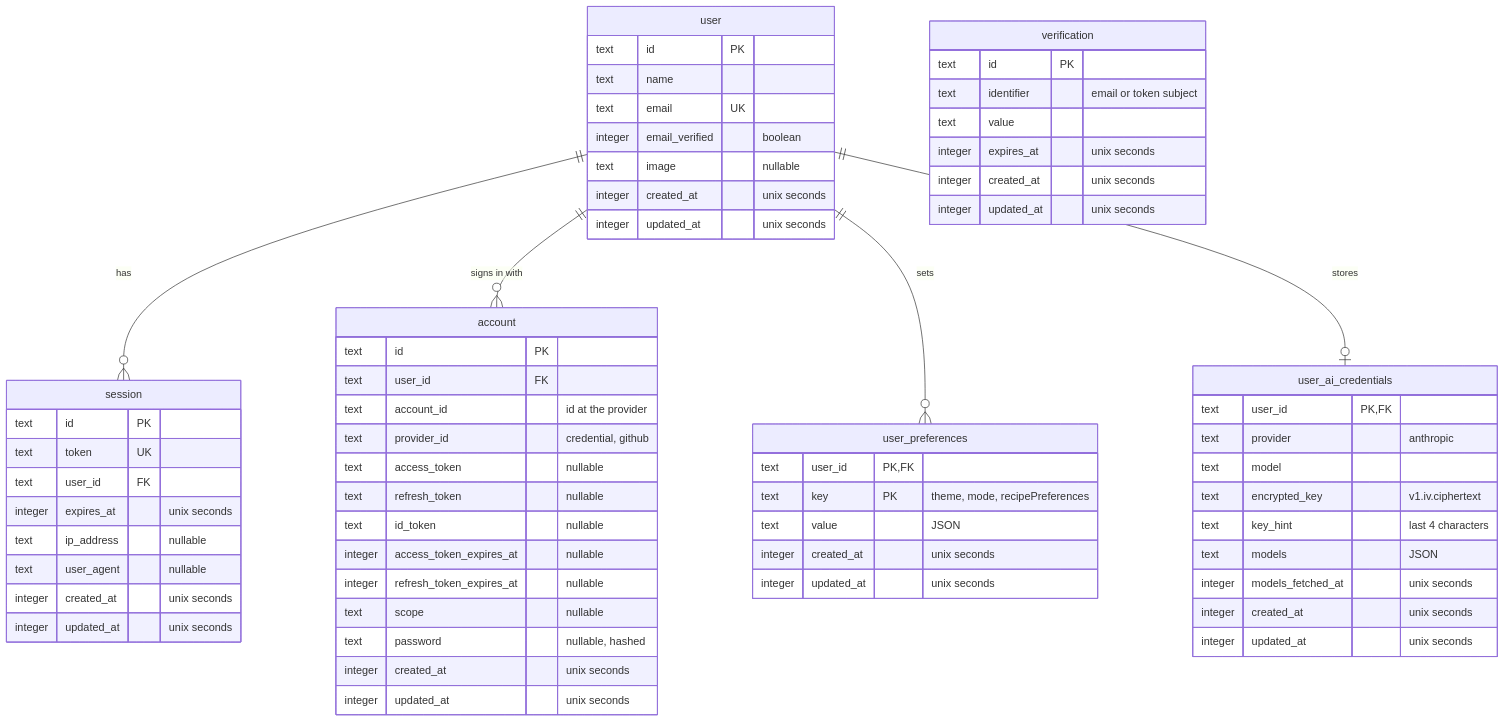
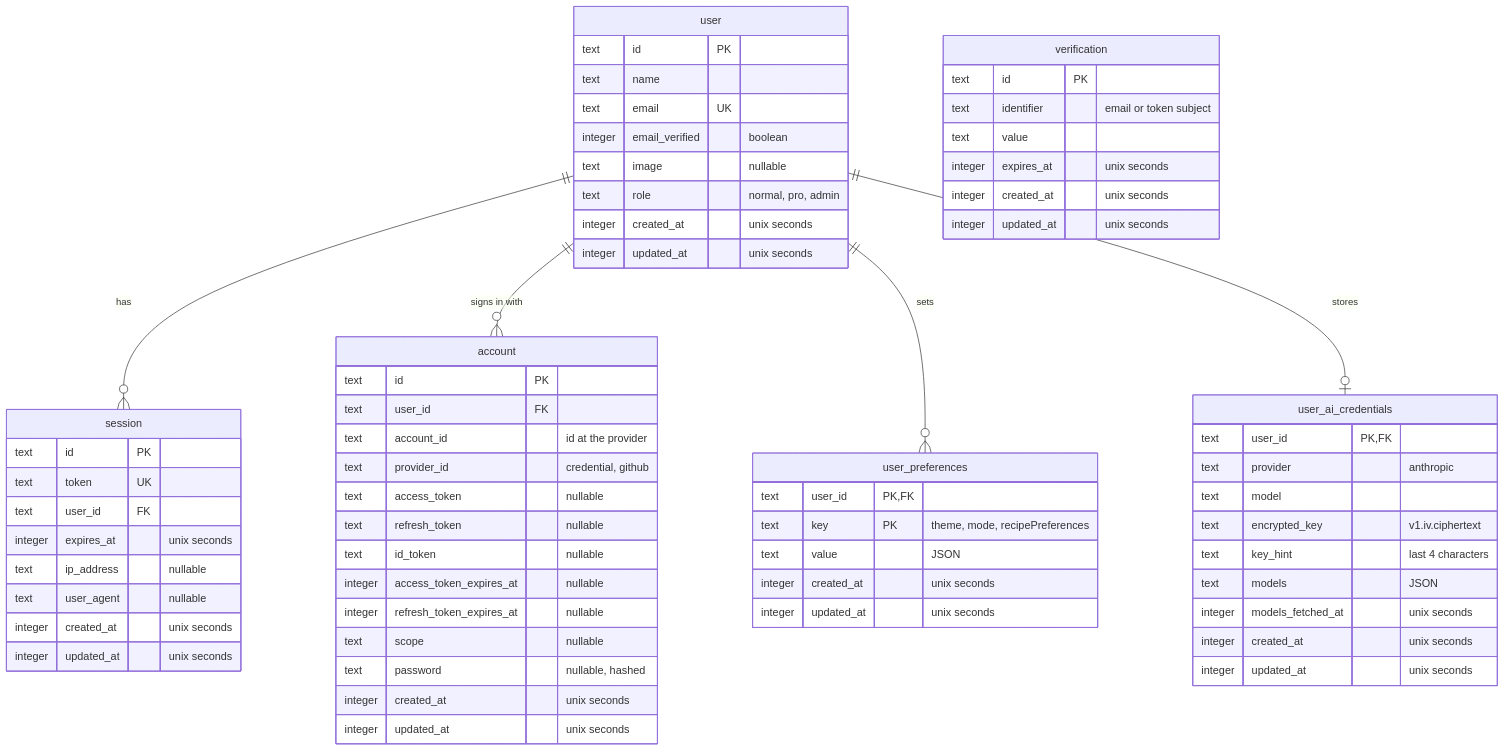
One commit to laczbali/autobourdain changed the diagram in apps/api/src/db/schema.md. Above: the diagram before and after it, drawn with Mermaid. The commit also changed other lines of this file and 24 other files, not shown here.

````diff
--- a/apps/api/src/db/schema.md
+++ b/apps/api/src/db/schema.md
@@ -15,73 +15,74 @@
 ```mermaid
 erDiagram
     user ||--o{ session : "has"
     user ||--o{ account : "signs in with"
     user ||--o{ user_preferences : "sets"
     user ||--o| user_ai_credentials : "stores"
 
     user {
         text id PK
         text name
         text email UK
         integer email_verified "boolean"
         text image "nullable"
+        text role "normal, pro, admin"
         integer created_at "unix seconds"
         integer updated_at "unix seconds"
     }
 
     session {
         text id PK
         text token UK
         text user_id FK
         integer expires_at "unix seconds"
         text ip_address "nullable"
         text user_agent "nullable"
         integer created_at "unix seconds"
         integer updated_at "unix seconds"
     }
 
     account {
         text id PK
         text user_id FK
         text account_id "id at the provider"
         text provider_id "credential, github"
         text access_token "nullable"
         text refresh_token "nullable"
         text id_token "nullable"
         integer access_token_expires_at "nullable"
         integer refresh_token_expires_at "nullable"
         text scope "nullable"
         text password "nullable, hashed"
         integer created_at "unix seconds"
         integer updated_at "unix seconds"
     }
 
     verification {
         text id PK
         text identifier "email or token subject"
         text value
         integer expires_at "unix seconds"
         integer created_at "unix seconds"
         integer updated_at "unix seconds"
     }
 
     user_preferences {
         text user_id PK, FK
         text key PK "theme, mode, recipePreferences"
         text value "JSON"
         integer created_at "unix seconds"
         integer updated_at "unix seconds"
     }
 
     user_ai_credentials {
         text user_id PK, FK
         text provider "anthropic"
         text model
         text encrypted_key "v1.iv.ciphertext"
         text key_hint "last 4 characters"
         text models "JSON"
         integer models_fetched_at "unix seconds"
         integer created_at "unix seconds"
         integer updated_at "unix seconds"
     }
 ```
````
